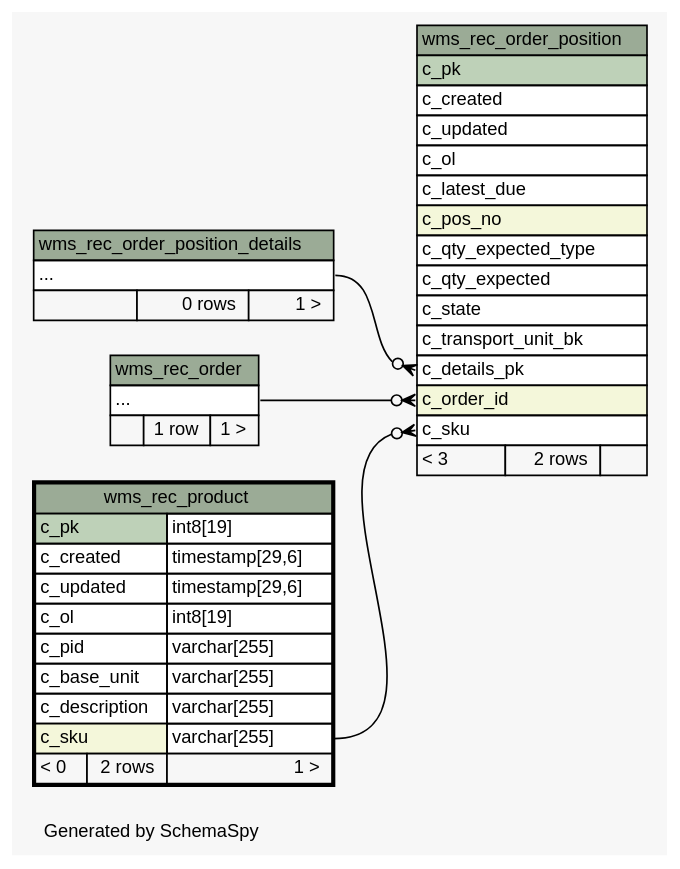
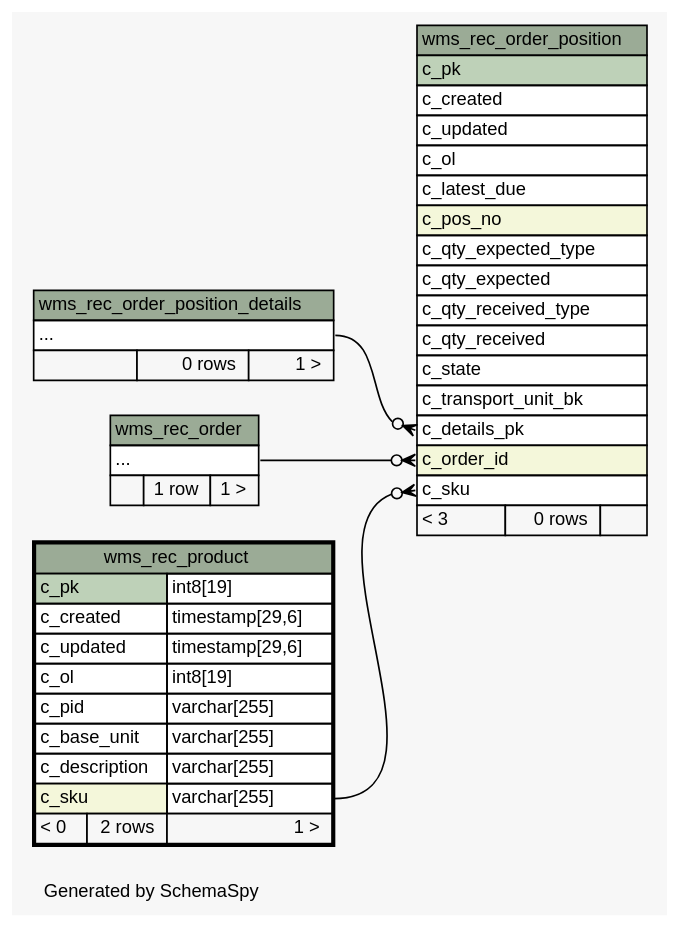
Before and after one commit to openwms/org.openwms.wms.receiving.lib: the diagram in schemaspy/diagrams/wms_rec_product.2degrees.dot, drawn with Graphviz. The commit also changed 198 other files, not shown here.

```diff
--- a/schemaspy/diagrams/wms_rec_product.2degrees.dot
+++ b/schemaspy/diagrams/wms_rec_product.2degrees.dot
@@ -1,84 +1,86 @@
 // dot 2.36.0 on Linux 4.4.0-101-generic
 // SchemaSpy rev Unknown
 digraph "twoDegreesRelationshipsDiagram" {
   graph [
     rankdir="RL"
     bgcolor="#f7f7f7"
     label="\nGenerated by SchemaSpy"
     labeljust="l"
     nodesep="0.18"
     ranksep="0.46"
     fontname="Helvetica"
     fontsize="11"
   ];
   node [
     fontname="Helvetica"
     fontsize="11"
     shape="plaintext"
   ];
   edge [
     arrowsize="0.8"
   ];
   "wms_rec_order_position":"c_details_pk":w -> "wms_rec_order_position_details":"elipses":e [arrowhead=none dir=back arrowtail=crowodot];
   "wms_rec_order_position":"c_order_id":w -> "wms_rec_order":"elipses":e [arrowhead=none dir=back arrowtail=crowodot];
   "wms_rec_order_position":"c_sku":w -> "wms_rec_product":"c_sku.type":e [arrowhead=none dir=back arrowtail=crowodot];
   "wms_rec_order" [
     label=<
     <TABLE BORDER="0" CELLBORDER="1" CELLSPACING="0" BGCOLOR="#ffffff">
       <TR><TD COLSPAN="3" BGCOLOR="#9bab96" ALIGN="CENTER">wms_rec_order</TD></TR>
       <TR><TD PORT="elipses" COLSPAN="3" ALIGN="LEFT">...</TD></TR>
       <TR><TD ALIGN="LEFT" BGCOLOR="#f7f7f7">  </TD><TD ALIGN="RIGHT" BGCOLOR="#f7f7f7">1 row</TD><TD ALIGN="RIGHT" BGCOLOR="#f7f7f7">1 &gt;</TD></TR>
     </TABLE>>
     URL="wms_rec_order.html"
     tooltip="wms_rec_order"
   ];
   "wms_rec_order_position" [
     label=<
     <TABLE BORDER="0" CELLBORDER="1" CELLSPACING="0" BGCOLOR="#ffffff">
       <TR><TD COLSPAN="3" BGCOLOR="#9bab96" ALIGN="CENTER">wms_rec_order_position</TD></TR>
       <TR><TD PORT="c_pk" COLSPAN="3" BGCOLOR="#bed1b8" ALIGN="LEFT">c_pk</TD></TR>
       <TR><TD PORT="c_created" COLSPAN="3" ALIGN="LEFT">c_created</TD></TR>
       <TR><TD PORT="c_updated" COLSPAN="3" ALIGN="LEFT">c_updated</TD></TR>
       <TR><TD PORT="c_ol" COLSPAN="3" ALIGN="LEFT">c_ol</TD></TR>
       <TR><TD PORT="c_latest_due" COLSPAN="3" ALIGN="LEFT">c_latest_due</TD></TR>
       <TR><TD PORT="c_pos_no" COLSPAN="3" BGCOLOR="#f4f7da" ALIGN="LEFT">c_pos_no</TD></TR>
       <TR><TD PORT="c_qty_expected_type" COLSPAN="3" ALIGN="LEFT">c_qty_expected_type</TD></TR>
       <TR><TD PORT="c_qty_expected" COLSPAN="3" ALIGN="LEFT">c_qty_expected</TD></TR>
+      <TR><TD PORT="c_qty_received_type" COLSPAN="3" ALIGN="LEFT">c_qty_received_type</TD></TR>
+      <TR><TD PORT="c_qty_received" COLSPAN="3" ALIGN="LEFT">c_qty_received</TD></TR>
       <TR><TD PORT="c_state" COLSPAN="3" ALIGN="LEFT">c_state</TD></TR>
       <TR><TD PORT="c_transport_unit_bk" COLSPAN="3" ALIGN="LEFT">c_transport_unit_bk</TD></TR>
       <TR><TD PORT="c_details_pk" COLSPAN="3" ALIGN="LEFT">c_details_pk</TD></TR>
       <TR><TD PORT="c_order_id" COLSPAN="3" BGCOLOR="#f4f7da" ALIGN="LEFT">c_order_id</TD></TR>
       <TR><TD PORT="c_sku" COLSPAN="3" ALIGN="LEFT">c_sku</TD></TR>
-      <TR><TD ALIGN="LEFT" BGCOLOR="#f7f7f7">&lt; 3</TD><TD ALIGN="RIGHT" BGCOLOR="#f7f7f7">2 rows</TD><TD ALIGN="RIGHT" BGCOLOR="#f7f7f7">  </TD></TR>
+      <TR><TD ALIGN="LEFT" BGCOLOR="#f7f7f7">&lt; 3</TD><TD ALIGN="RIGHT" BGCOLOR="#f7f7f7">0 rows</TD><TD ALIGN="RIGHT" BGCOLOR="#f7f7f7">  </TD></TR>
     </TABLE>>
     URL="wms_rec_order_position.html"
     tooltip="wms_rec_order_position"
   ];
   "wms_rec_order_position_details" [
     label=<
     <TABLE BORDER="0" CELLBORDER="1" CELLSPACING="0" BGCOLOR="#ffffff">
       <TR><TD COLSPAN="3" BGCOLOR="#9bab96" ALIGN="CENTER">wms_rec_order_position_details</TD></TR>
       <TR><TD PORT="elipses" COLSPAN="3" ALIGN="LEFT">...</TD></TR>
       <TR><TD ALIGN="LEFT" BGCOLOR="#f7f7f7">  </TD><TD ALIGN="RIGHT" BGCOLOR="#f7f7f7">0 rows</TD><TD ALIGN="RIGHT" BGCOLOR="#f7f7f7">1 &gt;</TD></TR>
     </TABLE>>
     URL="wms_rec_order_position_details.html"
     tooltip="wms_rec_order_position_details"
   ];
   "wms_rec_product" [
     label=<
     <TABLE BORDER="2" CELLBORDER="1" CELLSPACING="0" BGCOLOR="#ffffff">
       <TR><TD COLSPAN="3" BGCOLOR="#9bab96" ALIGN="CENTER">wms_rec_product</TD></TR>
       <TR><TD PORT="c_pk" COLSPAN="2" BGCOLOR="#bed1b8" ALIGN="LEFT">c_pk</TD><TD PORT="c_pk.type" ALIGN="LEFT">int8[19]</TD></TR>
       <TR><TD PORT="c_created" COLSPAN="2" ALIGN="LEFT">c_created</TD><TD PORT="c_created.type" ALIGN="LEFT">timestamp[29,6]</TD></TR>
       <TR><TD PORT="c_updated" COLSPAN="2" ALIGN="LEFT">c_updated</TD><TD PORT="c_updated.type" ALIGN="LEFT">timestamp[29,6]</TD></TR>
       <TR><TD PORT="c_ol" COLSPAN="2" ALIGN="LEFT">c_ol</TD><TD PORT="c_ol.type" ALIGN="LEFT">int8[19]</TD></TR>
       <TR><TD PORT="c_pid" COLSPAN="2" ALIGN="LEFT">c_pid</TD><TD PORT="c_pid.type" ALIGN="LEFT">varchar[255]</TD></TR>
       <TR><TD PORT="c_base_unit" COLSPAN="2" ALIGN="LEFT">c_base_unit</TD><TD PORT="c_base_unit.type" ALIGN="LEFT">varchar[255]</TD></TR>
       <TR><TD PORT="c_description" COLSPAN="2" ALIGN="LEFT">c_description</TD><TD PORT="c_description.type" ALIGN="LEFT">varchar[255]</TD></TR>
       <TR><TD PORT="c_sku" COLSPAN="2" BGCOLOR="#f4f7da" ALIGN="LEFT">c_sku</TD><TD PORT="c_sku.type" ALIGN="LEFT">varchar[255]</TD></TR>
       <TR><TD ALIGN="LEFT" BGCOLOR="#f7f7f7">&lt; 0</TD><TD ALIGN="RIGHT" BGCOLOR="#f7f7f7">2 rows</TD><TD ALIGN="RIGHT" BGCOLOR="#f7f7f7">1 &gt;</TD></TR>
     </TABLE>>
     URL="wms_rec_product.html"
     tooltip="wms_rec_product"
   ];
 }
```
